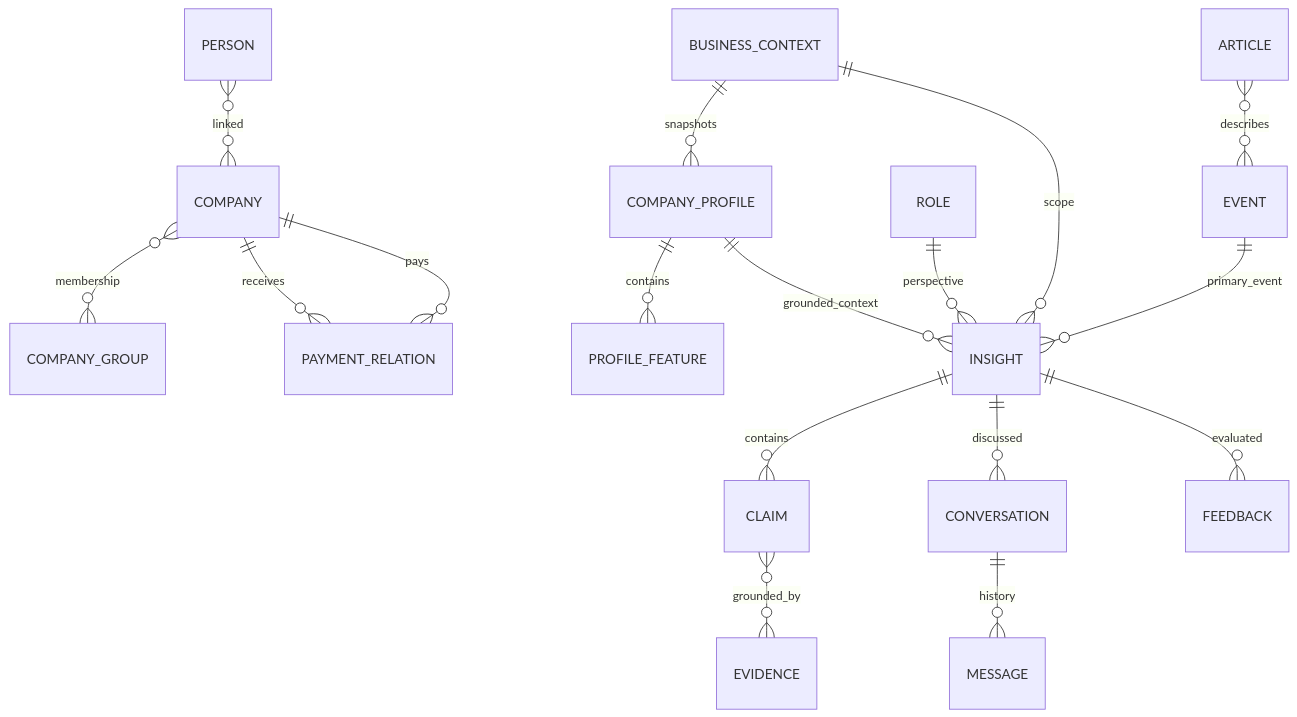
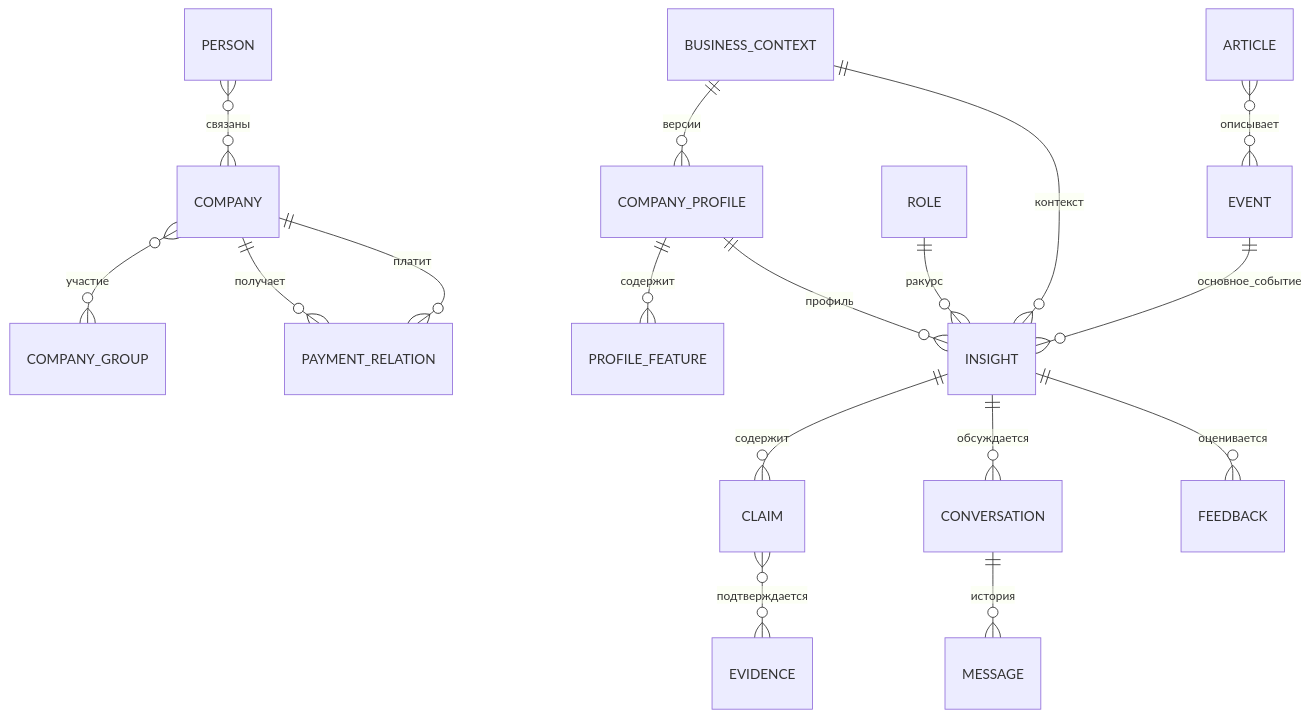
Before and after one commit to alfa-hackaton-team/burmalda: the diagram in docs/architecture/data-model.md, drawn with Mermaid. The commit also changed other lines of this file and 19 other files, not shown here.

````diff
--- a/docs/architecture/data-model.md
+++ b/docs/architecture/data-model.md
@@ -40,19 +42,19 @@
 ```mermaid
 erDiagram
-  PERSON }o--o{ COMPANY : linked
-  COMPANY }o--o{ COMPANY_GROUP : membership
-  COMPANY ||--o{ PAYMENT_RELATION : pays
-  COMPANY ||--o{ PAYMENT_RELATION : receives
-  BUSINESS_CONTEXT ||--o{ COMPANY_PROFILE : snapshots
-  COMPANY_PROFILE ||--o{ PROFILE_FEATURE : contains
-  ARTICLE }o--o{ EVENT : describes
-  EVENT ||--o{ INSIGHT : primary_event
-  BUSINESS_CONTEXT ||--o{ INSIGHT : scope
-  ROLE ||--o{ INSIGHT : perspective
-  COMPANY_PROFILE ||--o{ INSIGHT : grounded_context
-  INSIGHT ||--o{ CLAIM : contains
-  CLAIM }o--o{ EVIDENCE : grounded_by
-  INSIGHT ||--o{ CONVERSATION : discussed
-  CONVERSATION ||--o{ MESSAGE : history
-  INSIGHT ||--o{ FEEDBACK : evaluated
+  PERSON }o--o{ COMPANY : "связаны"
+  COMPANY }o--o{ COMPANY_GROUP : "участие"
+  COMPANY ||--o{ PAYMENT_RELATION : "платит"
+  COMPANY ||--o{ PAYMENT_RELATION : "получает"
+  BUSINESS_CONTEXT ||--o{ COMPANY_PROFILE : "версии"
+  COMPANY_PROFILE ||--o{ PROFILE_FEATURE : "содержит"
+  ARTICLE }o--o{ EVENT : "описывает"
+  EVENT ||--o{ INSIGHT : "основное_событие"
+  BUSINESS_CONTEXT ||--o{ INSIGHT : "контекст"
+  ROLE ||--o{ INSIGHT : "ракурс"
+  COMPANY_PROFILE ||--o{ INSIGHT : "профиль"
+  INSIGHT ||--o{ CLAIM : "содержит"
+  CLAIM }o--o{ EVIDENCE : "подтверждается"
+  INSIGHT ||--o{ CONVERSATION : "обсуждается"
+  CONVERSATION ||--o{ MESSAGE : "история"
+  INSIGHT ||--o{ FEEDBACK : "оценивается"
 ```
````
